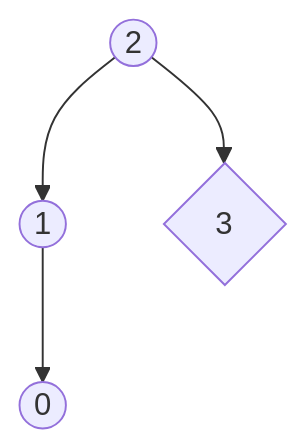
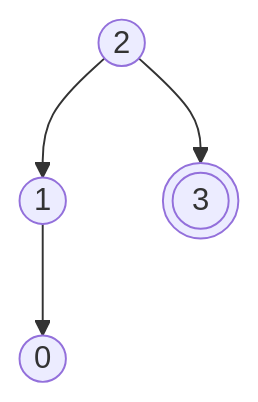
Before and after one commit to bfeitknecht/vault: the diagram in sem3/A&D/UE/bf/A&D-bf-u06.md, drawn with Mermaid. The commit also changed other lines of this file and 2 other files, not shown here.

````diff
--- a/sem3/A&D/UE/bf/A&D-bf-u06.md
+++ b/sem3/A&D/UE/bf/A&D-bf-u06.md
@@ -55,11 +56,11 @@
 ```mermaid
 graph TD
 
 0((0))
 1((1))
 2((2))
-3{3}
+3(((3)))
 
 2 --> 1 & 3
 1 --> 0
 ```
````
